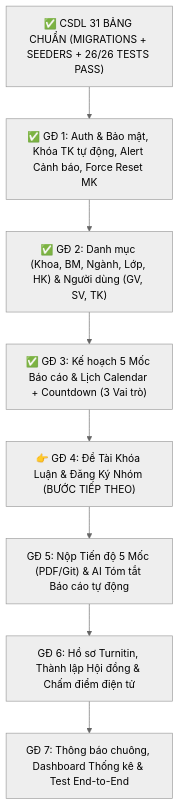
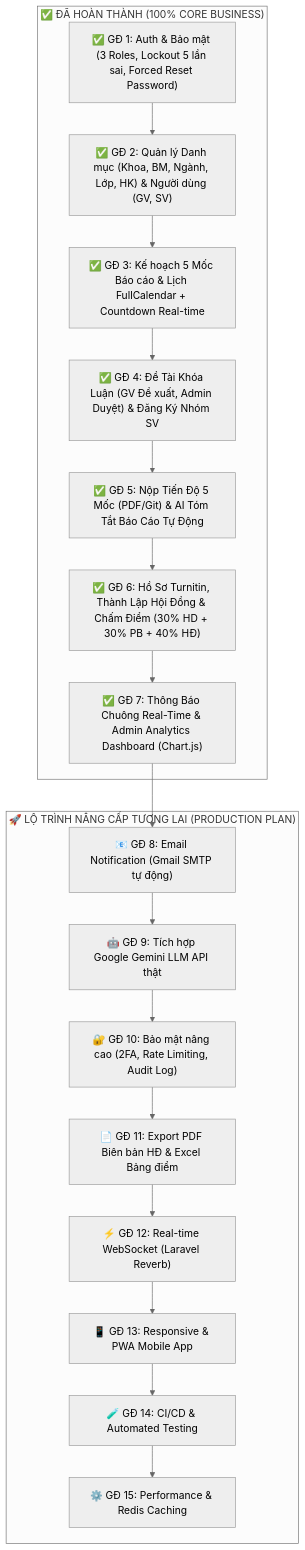
One commit to ChjZung/Graduation-Thesis-Management-System changed the diagram in README.md. Above: the diagram before and after it, drawn with Mermaid (neutral theme). The commit also changed other lines of this file and 76 other files, not shown here.

Commit message:
feat: cap nhat luong xac thuc mat khau, fix giao dien quan ly nhom, duyet de tai va dong bo danh muc admin

````diff
--- a/README.md
+++ b/README.md
@@ -19,11 +20,25 @@
 ```mermaid
 graph TD
-    S["✅ CSDL 31 BẢNG CHUẨN (MIGRATIONS + SEEDERS + 26/26 TESTS PASS)"]
-    S --> G1["✅ GĐ 1: Auth & Bảo mật, Khóa TK tự động, Alert Cảnh báo, Force Reset MK"]
-    G1 --> G2["✅ GĐ 2: Danh mục (Khoa, BM, Ngành, Lớp, HK) & Người dùng (GV, SV, TK)"]
-    G2 --> G3["✅ GĐ 3: Kế hoạch 5 Mốc Báo cáo & Lịch Calendar + Countdown (3 Vai trò)"]
-    G3 --> G4["👉 GĐ 4: Đề Tài Khóa Luận & Đăng Ký Nhóm (BƯỚC TIẾP THEO)"]
-    G4 --> G5["GĐ 5: Nộp Tiến độ 5 Mốc (PDF/Git) & AI Tóm tắt Báo cáo tự động"]
-    G5 --> G6["GĐ 6: Hồ sơ Turnitin, Thành lập Hội đồng & Chấm điểm điện tử"]
-    G6 --> G7["GĐ 7: Thông báo chuông, Dashboard Thống kê & Test End-to-End"]
+    subgraph COMPLETED ["✅ ĐÃ HOÀN THÀNH (100% CORE BUSINESS)"]
+        G1["✅ GĐ 1: Auth & Bảo mật (3 Roles, Lockout 5 lần sai, Forced Reset Password)"]
+        G2["✅ GĐ 2: Quản lý Danh mục (Khoa, BM, Ngành, Lớp, HK) & Người dùng (GV, SV)"]
+        G3["✅ GĐ 3: Kế hoạch 5 Mốc Báo cáo & Lịch FullCalendar + Countdown Real-time"]
+        G4["✅ GĐ 4: Đề Tài Khóa Luận (GV Đề xuất, Admin Duyệt) & Đăng Ký Nhóm SV"]
+        G5["✅ GĐ 5: Nộp Tiến Độ 5 Mốc (PDF/Git) & AI Tóm Tắt Báo Cáo Tự Động"]
+        G6["✅ GĐ 6: Hồ Sơ Turnitin, Thành Lập Hội Đồng & Chấm Điểm (30% HD + 30% PB + 40% HĐ)"]
+        G7["✅ GĐ 7: Thông Báo Chuông Real-Time & Admin Analytics Dashboard (Chart.js)"]
+        G1 --> G2 --> G3 --> G4 --> G5 --> G6 --> G7
+    end
+
+    subgraph FUTURE ["🚀 LỘ TRÌNH NÂNG CẤP TƯƠNG LAI (PRODUCTION PLAN)"]
+        G8["📧 GĐ 8: Email Notification (Gmail SMTP tự động)"]
+        G9["🤖 GĐ 9: Tích hợp Google Gemini LLM API thật"]
+        G10["🔐 GĐ 10: Bảo mật nâng cao (2FA, Rate Limiting, Audit Log)"]
+        G11["📄 GĐ 11: Export PDF Biên bản HĐ & Excel Bảng điểm"]
+        G12["⚡ GĐ 12: Real-time WebSocket (Laravel Reverb)"]
+        G13["📱 GĐ 13: Responsive & PWA Mobile App"]
+        G14["🧪 GĐ 14: CI/CD & Automated Testing"]
+        G15["⚙️ GĐ 15: Performance & Redis Caching"]
+        G7 --> G8 --> G9 --> G10 --> G11 --> G12 --> G13 --> G14 --> G15
+    end
 ```
````
